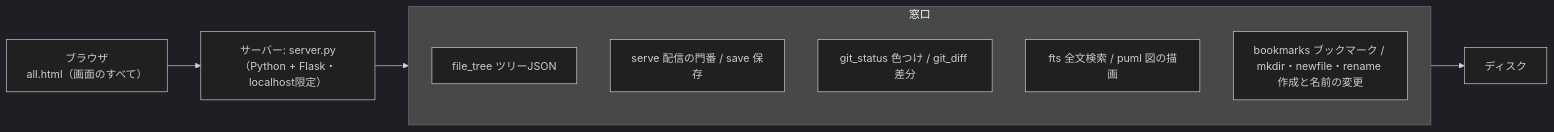
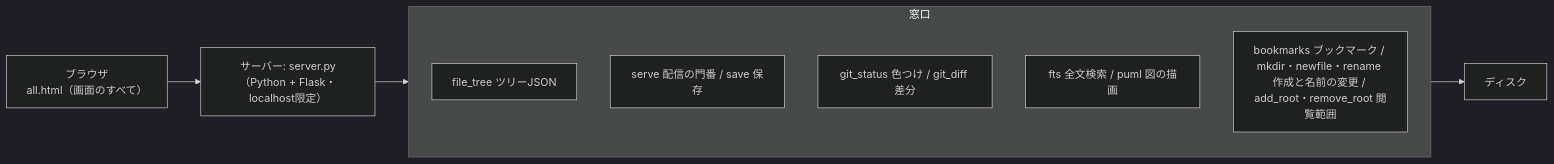
Before and after one commit to hatohato-lab/hatohatoscope: the diagram in README.md, drawn with Mermaid (dark theme). The commit also changed other lines of this file and 3 other files, not shown here.

````diff
--- a/README.md
+++ b/README.md
@@ -47,14 +47,14 @@
 ```mermaid
 flowchart LR
     B["ブラウザ<br/>all.html（画面のすべて）"]
     SV["サーバー: server.py<br/>（Python + Flask・localhost限定）"]
     subgraph EP["窓口"]
         T["file_tree ツリーJSON"]
         S["serve 配信の門番 / save 保存"]
         G["git_status 色つけ / git_diff 差分"]
         F["fts 全文検索 / puml 図の描画"]
-        K["bookmarks ブックマーク / mkdir・newfile・rename 作成と名前の変更"]
+        K["bookmarks ブックマーク / mkdir・newfile・rename 作成と名前の変更 / add_root・remove_root 閲覧範囲"]
     end
     D["ディスク"]
     B --> SV --> EP --> D
 ```
````
